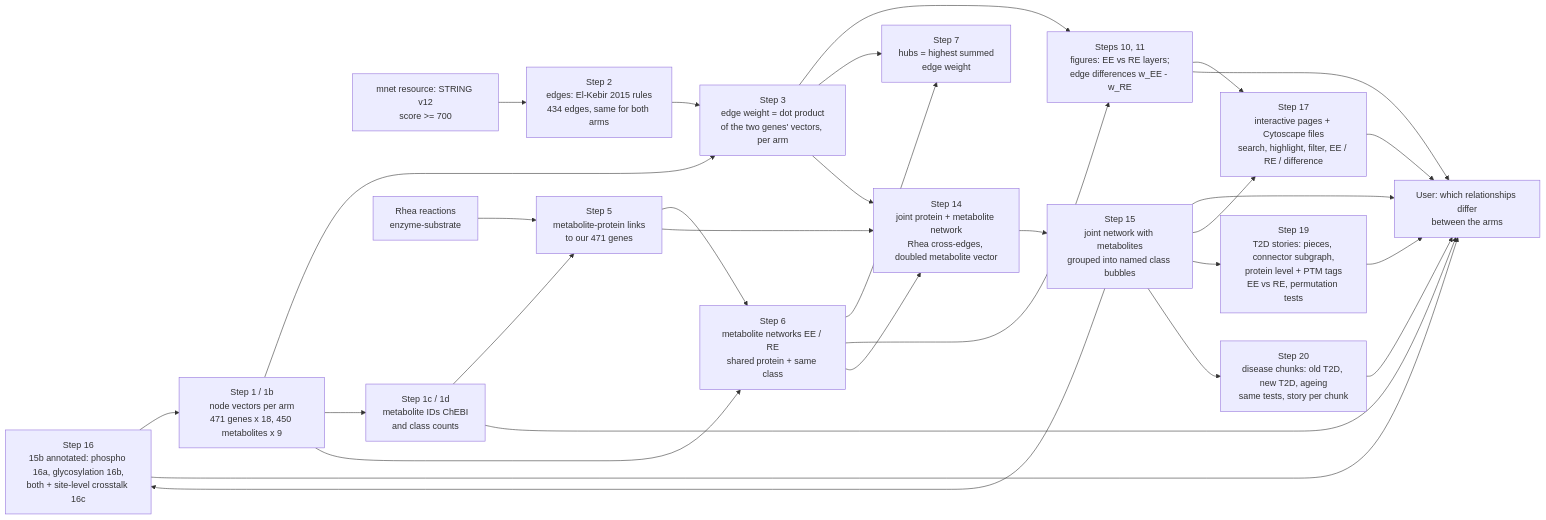
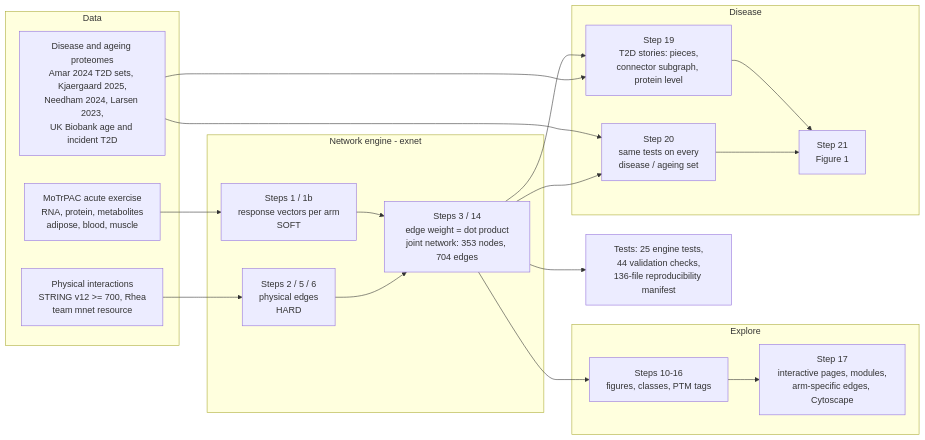
Before and after one commit to Stanford-Bioinformatics-Center/multiomics-hackathon-2026-track-1: the diagram in network/README.md, drawn with Mermaid. The commit also changed other lines of this file and 5 other files, not shown here.

````diff
--- a/network/README.md
+++ b/network/README.md
@@ -43,32 +97,32 @@
 ```mermaid
 flowchart LR
-  A[MoTrPAC results<br/>RNA, protein, metabolites<br/>adipose, blood, muscle] --> B[Step 1 / 1b<br/>node vectors per arm<br/>471 genes x 18, 450 metabolites x 9]
-  S[mnet resource: STRING v12<br/>score >= 700] --> C[Step 2<br/>edges: El-Kebir 2015 rules<br/>434 edges, same for both arms]
-  B --> D[Step 3<br/>edge weight = dot product<br/>of the two genes' vectors, per arm]
-  C --> D
-  B --> F[Step 1c / 1d<br/>metabolite IDs ChEBI<br/>and class counts]
-  D --> P[Steps 10, 11<br/>figures: EE vs RE layers;<br/>edge differences w_EE - w_RE]
-  R[Rhea reactions<br/>enzyme-substrate] --> G[Step 5<br/>metabolite-protein links<br/>to our 471 genes]
-  F --> G
-  G --> H[Step 6<br/>metabolite networks EE / RE<br/>shared protein + same class]
-  B --> H
-  D --> K[Step 7<br/>hubs = highest summed<br/>edge weight]
-  H --> K
-  H --> P
-  D --> J[Step 14<br/>joint protein + metabolite network<br/>Rhea cross-edges, doubled metabolite vector]
-  H --> J
-  G --> J
-  J --> Q[Step 15<br/>joint network with metabolites<br/>grouped into named class bubbles]
-  Q --> U
-  Q --> A[Step 16<br/>15b annotated: phospho 16a, glycosylation 16b,<br/>both + site-level crosstalk 16c]
-  A --> U
-  Q --> I[Step 17<br/>interactive pages + Cytoscape files<br/>search, highlight, filter, EE / RE / difference]
-  P --> I
-  I --> U
-  Q --> T[Step 19<br/>T2D stories: pieces, connector subgraph,<br/>protein level + PTM tags<br/>EE vs RE, permutation tests]
-  T --> U
-  Q --> V[Step 20<br/>disease chunks: old T2D, new T2D, ageing<br/>same tests, story per chunk]
-  V --> U
-  P --> U[User: which relationships differ<br/>between the arms]
-  F --> U
+  subgraph DATA[Data]
+    M[MoTrPAC acute exercise<br/>RNA, protein, metabolites<br/>adipose, blood, muscle]
+    P[Physical interactions<br/>STRING v12 >= 700, Rhea<br/>team mnet resource]
+    D[Disease and ageing proteomes<br/>Amar 2024 T2D sets, Kjaergaard 2025,<br/>Needham 2024, Larsen 2023,<br/>UK Biobank age and incident T2D]
+  end
+  subgraph ENGINE[Network engine - exnet]
+    N[Steps 1 / 1b<br/>response vectors per arm<br/>SOFT]
+    E[Steps 2 / 5 / 6<br/>physical edges<br/>HARD]
+    W[Steps 3 / 14<br/>edge weight = dot product<br/>joint network: 353 nodes, 704 edges]
+  end
+  subgraph EXPLORE[Explore]
+    V[Steps 10-16<br/>figures, classes, PTM tags]
+    I[Step 17<br/>interactive pages, modules,<br/>arm-specific edges, Cytoscape]
+  end
+  subgraph DISEASE[Disease]
+    S[Step 19<br/>T2D stories: pieces,<br/>connector subgraph, protein level]
+    C[Step 20<br/>same tests on every<br/>disease / ageing set]
+    F[Step 21<br/>Figure 1]
+  end
+  M --> N --> W
+  P --> E --> W
+  W --> V --> I
+  W --> S
+  D --> S
+  D --> C
+  W --> C
+  S --> F
+  C --> F
+  W --> T[Tests: 25 engine tests,<br/>44 validation checks,<br/>136-file reproducibility manifest]
 ```
````
